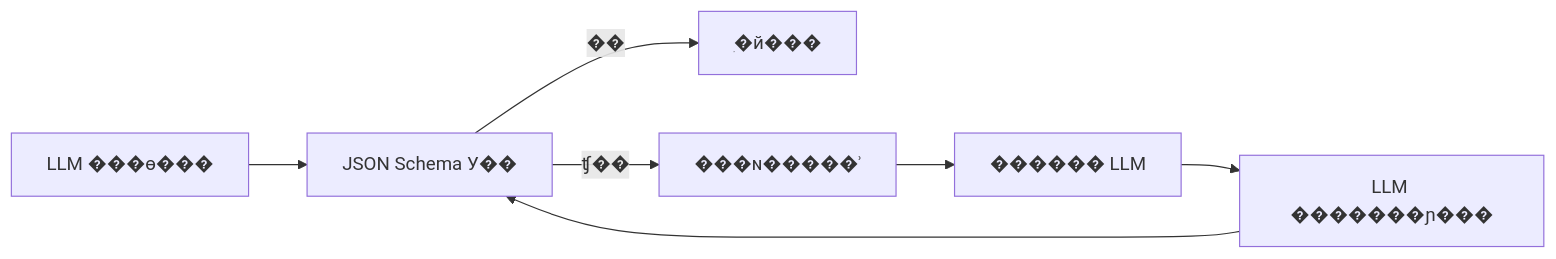
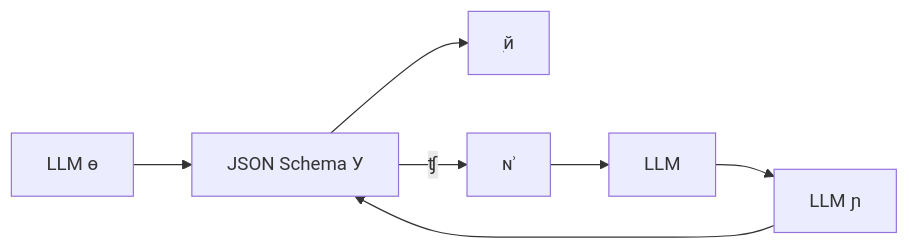
The second of 9 diagrams in content/post/ai-interview/Agent工具调用失败如何处理.zh-CN.md (TimeHunter618/hugo-maid-code), drawn with Mermaid before and after one commit. The commit also changed other lines of this file and 55 other files, not shown here.

````diff
--- a/content/post/ai-interview/Agent工具调用失败如何处理.zh-CN.md
+++ b/content/post/ai-interview/Agent工具调用失败如何处理.zh-CN.md
@@ -75,9 +75,9 @@
 ```mermaid
 graph LR
-    A[LLM ���ɵ���] --> B[JSON Schema У��]
-    B -->|ͨ��| C[ִ�й���]
-    B -->|ʧ��| D[���ɴ�����ʾ]
-    D --> E[������ LLM]
-    E --> F[LLM �������ɲ���]
+    A[LLM ɵ] --> B[JSON Schema У]
+    B -->|ͨ| C[ִй]
+    B -->|ʧ| D[ɴʾ]
+    D --> E[ LLM]
+    E --> F[LLM ɲ]
     F --> B
 ```
````
